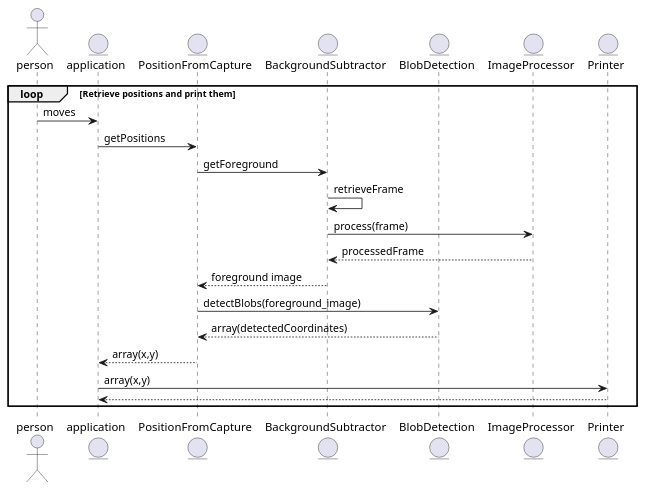
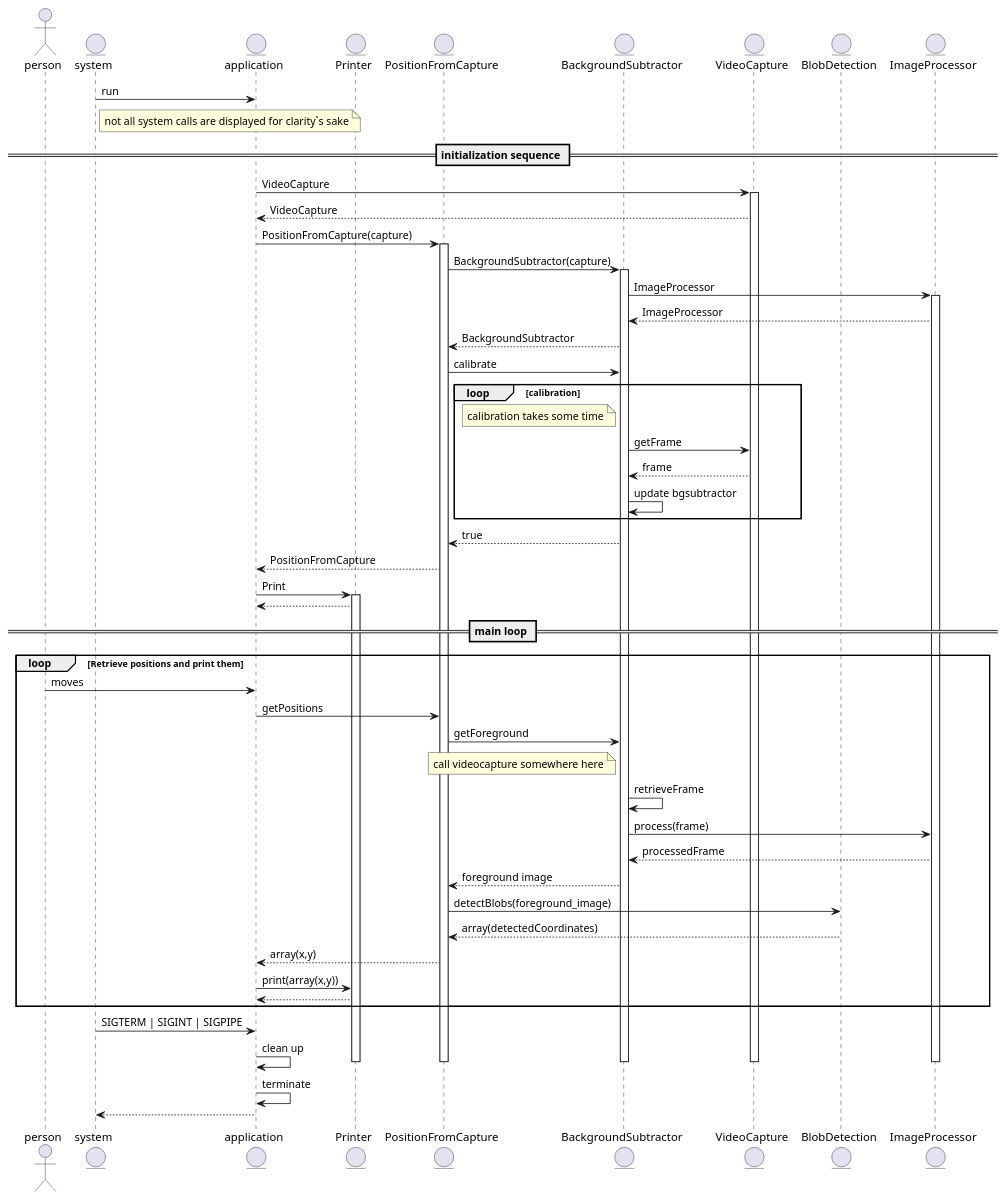
One commit to Mindavi/Positiebepalingssysteem changed the diagram in docs/plantuml sources/sequence_blob.plantuml. Above: the diagram before and after it, drawn with PlantUML.

Commit message:
Made some changes to sequence diagram. Still has to use the right active/inactive states for objects.

```diff
--- a/docs/plantuml sources/sequence_blob.plantuml
+++ b/docs/plantuml sources/sequence_blob.plantuml
@@ -1,29 +1,78 @@
 @startuml
 
 actor person
+entity system
 entity application
+entity Printer as print
 entity PositionFromCapture as pos
 entity BackgroundSubtractor as bg
+entity VideoCapture as vc
 entity BlobDetection as bd
 entity ImageProcessor as img
-entity Printer as print
 
+system -> application : run
+'there are several system calls, e.g. to the camera, for printing data etc.
+note right of system : not all system calls are displayed for clarity`s sake
+
+== initialization sequence ==
+'when an object is created, activate after construction or before construction?'
+application -> vc : VideoCapture
+activate vc
+vc --> application : VideoCapture
+application -> pos : PositionFromCapture(capture)
+activate pos
+pos -> bg : BackgroundSubtractor(capture)
+activate bg
+bg -> img : ImageProcessor
+activate img
+img --> bg : ImageProcessor
+bg --> pos : BackgroundSubtractor
+pos -> bg : calibrate
+loop calibration
+note left of bg : calibration takes some time
+bg -> vc : getFrame
+vc --> bg : frame
+bg -> bg : update bgsubtractor
+end
+bg --> pos : true
+pos --> application : PositionFromCapture
+application -> print : Print
+activate print
+print --> application
+
+
+
+== main loop ==
 loop Retrieve positions and print them
 person -> application: moves
 application -> pos : getPositions
 pos -> bg : getForeground
+note left of bg : call videocapture somewhere here
 bg -> bg : retrieveFrame
 bg -> img : process(frame)
 img --> bg : processedFrame
 'FIXME syntax'
 bg --> pos : foreground image
 pos -> bd: detectBlobs(foreground_image)
 bd --> pos: array(detectedCoordinates)
 
 'FIXME syntax'
 pos --> application : array(x,y)
-application -> print : array(x,y)
+application -> print : print(array(x,y))
 print --> application
+
 end
 
+system -> application : SIGTERM | SIGINT | SIGPIPE
+application -> application : clean up
+deactivate pos
+deactivate bg
+deactivate vc
+deactivate bd
+deactivate img
+deactivate print
+application -> application : terminate
+application --> system
+
+
 @enduml
```
